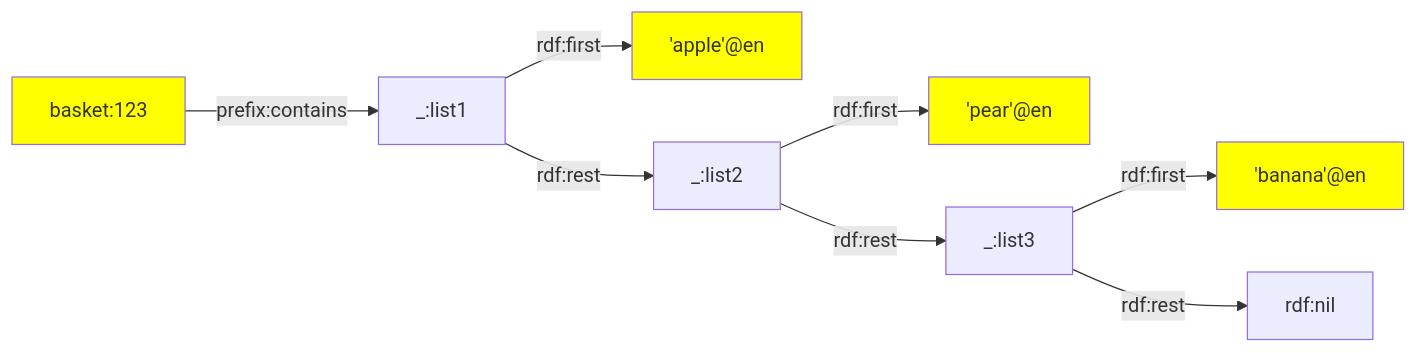
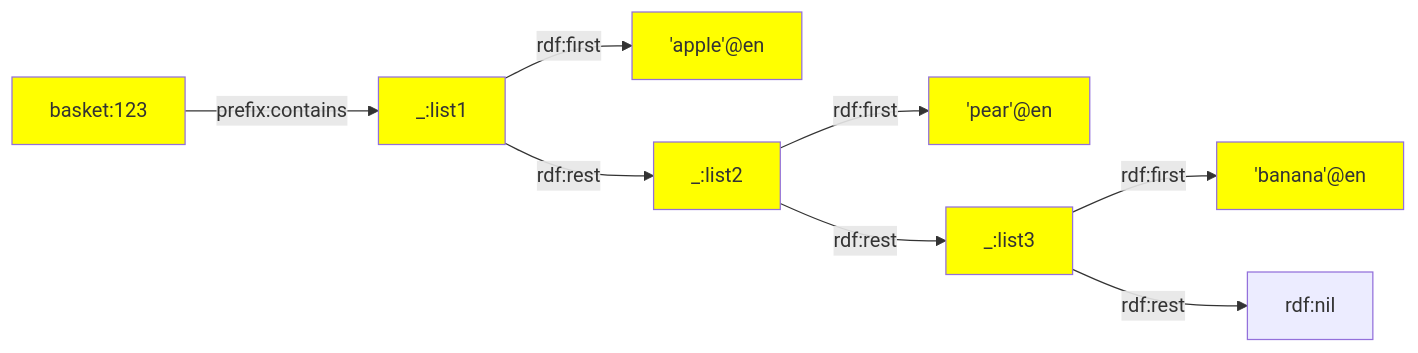
One commit to TriplyDB/Documentation changed the fourth of 9 diagrams in docs/triply-etl/assert/ratt/index.md. Above: the diagram before and after it, drawn with Mermaid. The commit also changed other lines of this file, not shown here.

Commit message:
Updated mermaid diagrams

````diff
--- a/docs/triply-etl/assert/ratt/index.md
+++ b/docs/triply-etl/assert/ratt/index.md
@@ -289,19 +289,22 @@
 ```mermaid
 graph LR
-basket -- prefix:contains -->  _:list1
+basket -- prefix:contains -->  list1
 
-_:list1 -- rdf:first --> apple
-_:list1 -- rdf:rest -->  _:list2
+list1 -- rdf:first --> apple
+list1 -- rdf:rest -->  list2
 
-_:list2 -- rdf:first --> pear
-_:list2 --  rdf:rest --> _:list3
+list2 -- rdf:first --> pear
+list2 --  rdf:rest --> list3
 
-_:list3 -- rdf:first --> banana
-_:list3 --  rdf:rest --> rdf:nil
+list3 -- rdf:first --> banana
+list3 --  rdf:rest --> rdf:nil
 
-  apple["'apple'@en"]:::data
-  banana["'banana'@en"]:::data
-  basket[basket:123]:::data
-  pear["'pear'@en"]:::data
-  classDef data fill:yellow
+apple["'apple'@en"]:::data
+list1[_:list1]:::data
+list2[_:list2]:::data
+list3[_:list3]:::data
+banana["'banana'@en"]:::data
+basket[basket:123]:::data
+pear["'pear'@en"]:::data
+classDef data fill:yellow
 ```
````
